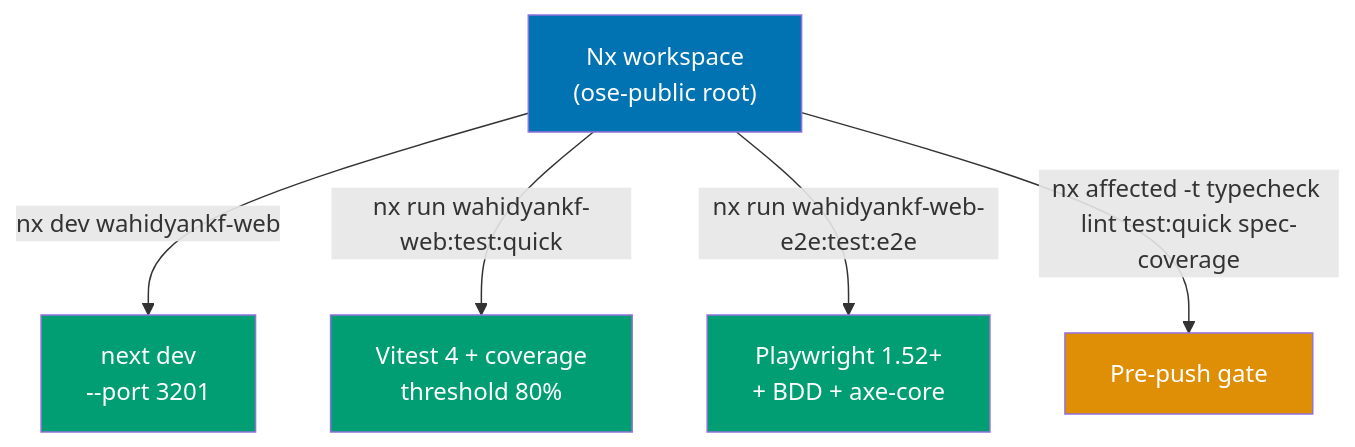
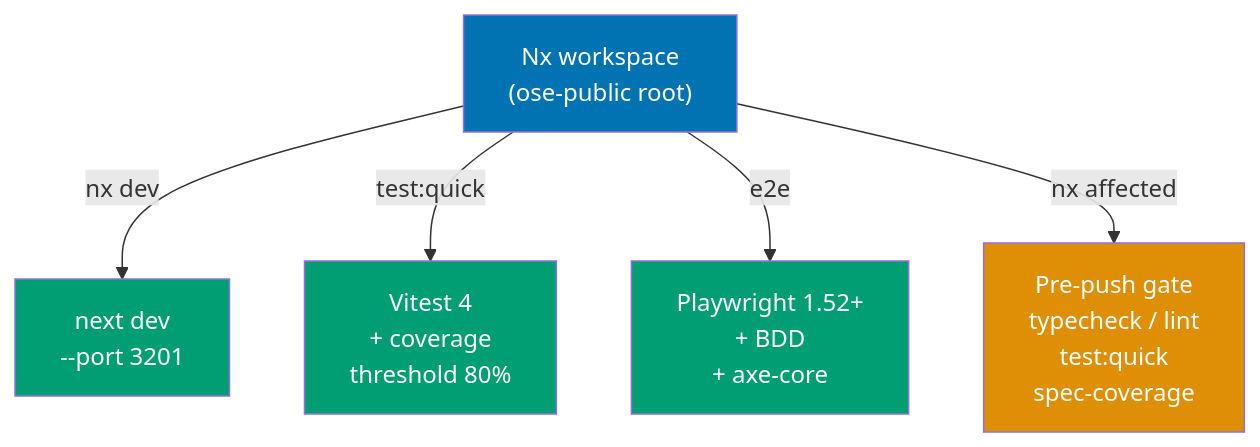
One commit to wahidyankf/open-sharia-enterprise changed the second of 4 diagrams in plans/in-progress/2026-04-19__adopt-wahidyankf-web/tech-docs.md. Above: the diagram before and after it, drawn with Mermaid. The commit also changed other lines of this file, not shown here.

First line of the commit message:
docs(plans): break long diagram labels so text fits inside node boxes

````diff
--- a/plans/in-progress/2026-04-19__adopt-wahidyankf-web/tech-docs.md
+++ b/plans/in-progress/2026-04-19__adopt-wahidyankf-web/tech-docs.md
@@ -31,13 +31,13 @@
 ```mermaid
 flowchart TD
-    Nx["Nx workspace<br/>(ose-public root)"] -->|"nx dev wahidyankf-web"| DevServer["next dev<br/>--port 3201"]
-    Nx -->|"nx run wahidyankf-web:test:quick"| Vitest["Vitest 4 + coverage<br/>threshold 80%"]
-    Nx -->|"nx run wahidyankf-web-e2e:test:e2e"| Playwright["Playwright 1.52+<br/>+ BDD + axe-core"]
-    Nx -->|"nx affected -t typecheck lint test:quick spec-coverage"| PrePush["Pre-push gate"]
+    Nx["Nx workspace<br/>(ose-public root)"] -->|nx dev| DevServer["next dev<br/>--port 3201"]
+    Nx -->|test:quick| Vitest["Vitest 4<br/>+ coverage<br/>threshold 80%"]
+    Nx -->|e2e| Playwright["Playwright 1.52+<br/>+ BDD<br/>+ axe-core"]
+    Nx -->|nx affected| PrePush["Pre-push gate<br/>typecheck / lint<br/>test:quick<br/>spec-coverage"]
 
     style Nx fill:#0173B2,color:#fff
     style DevServer fill:#029E73,color:#fff
     style Vitest fill:#029E73,color:#fff
     style Playwright fill:#029E73,color:#fff
     style PrePush fill:#DE8F05,color:#fff
 ```
````
